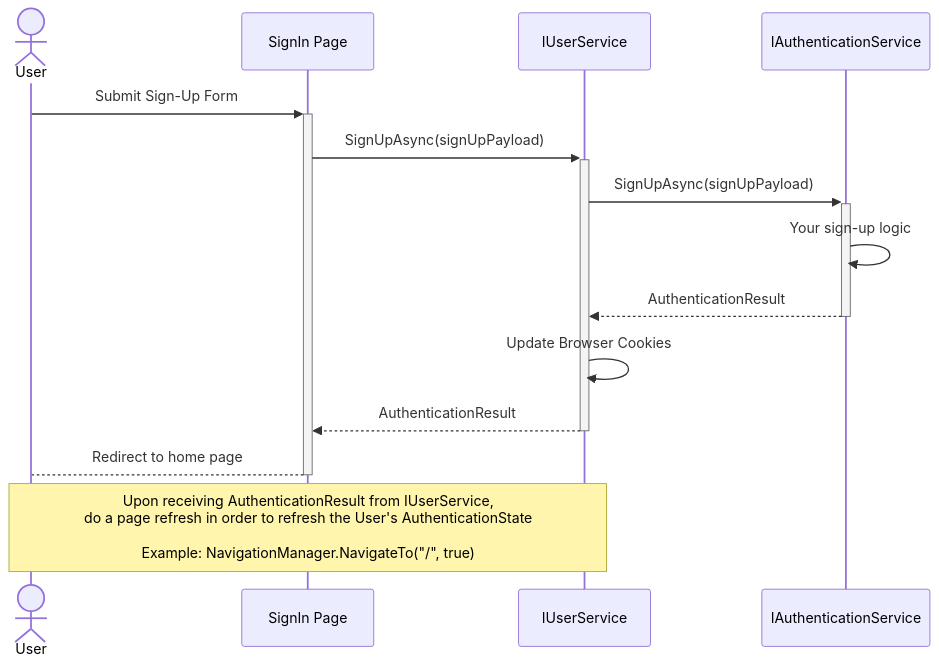
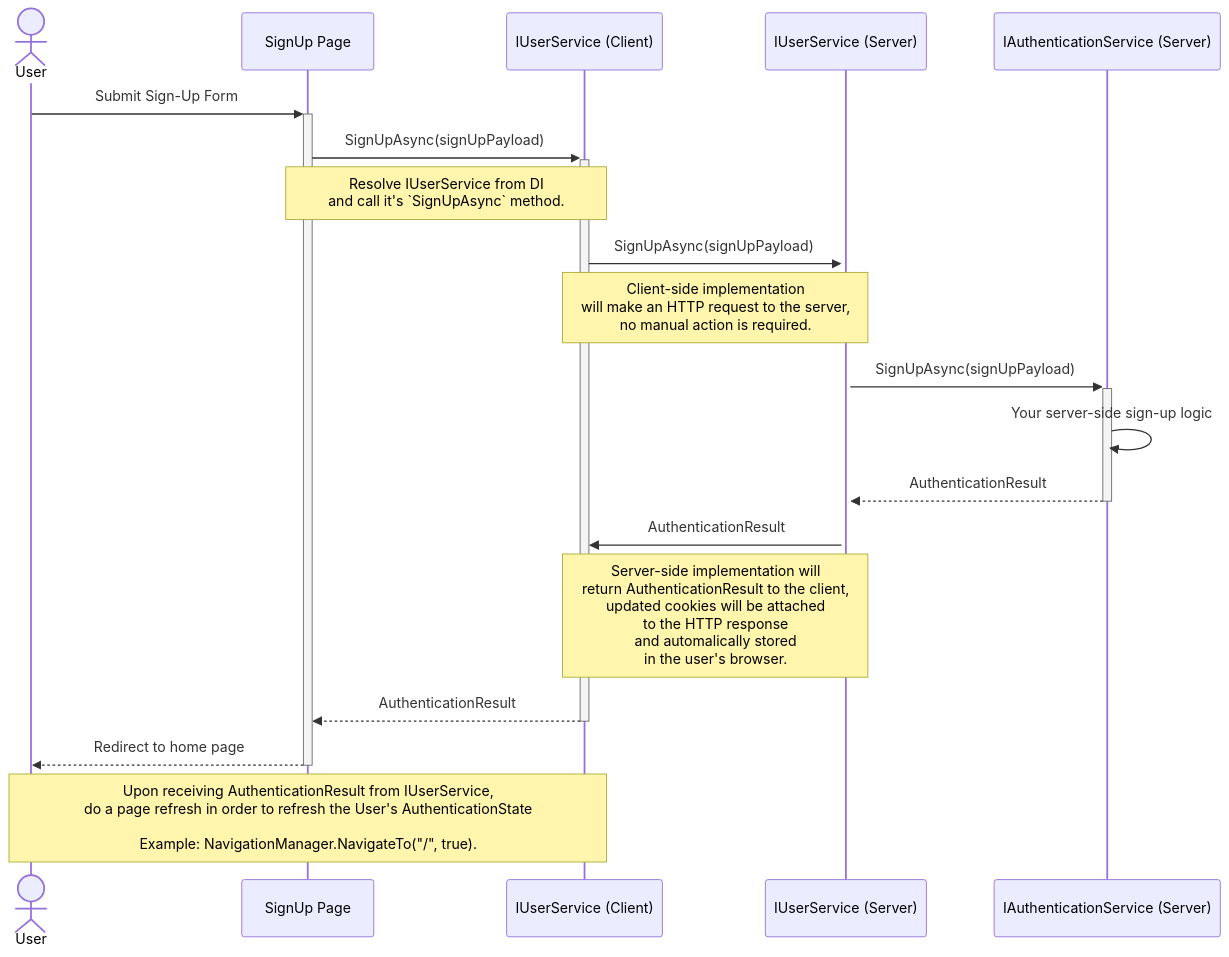
Before and after one commit to BitzArt/Blazor.Auth: the second of 2 diagrams in docs/src/04.use-cases/01.interactive-webassembly.md, drawn with Mermaid. The commit also changed other lines of this file and 3 other files, not shown here.

````diff
--- a/docs/src/04.use-cases/01.interactive-webassembly.md
+++ b/docs/src/04.use-cases/01.interactive-webassembly.md
@@ -30,18 +39,27 @@
 ```mermaid
 sequenceDiagram
 
 actor user as User
-participant page as SignIn Page
-participant userService as IUserService
-participant authService as IAuthenticationService
+participant page as SignUp Page
+participant userServiceClient as IUserService (Client)
+participant userServiceServer as IUserService (Server)
+participant authService as IAuthenticationService (Server)
 
 user ->>+ page: Submit Sign-Up Form
-page ->>+ userService: SignUpAsync(signUpPayload)
-userService ->>+ authService: SignUpAsync(signUpPayload)
-authService ->> authService: Your sign-up logic
-authService -->>- userService: AuthenticationResult
-userService ->> userService: Update Browser Cookies
-userService -->>- page: AuthenticationResult
-page -->- user: Redirect to home page
-note over user,userService: Upon receiving AuthenticationResult from IUserService, <br/> do a page refresh in order to refresh the User's AuthenticationState<br/><br/> Example: NavigationManager.NavigateTo("/", true)
+page ->>+ userServiceClient: SignUpAsync(signUpPayload)
+note over page,userServiceClient: Resolve IUserService from DI<br/> and call it's `SignUpAsync` method.
+userServiceClient ->>+ userServiceServer: SignUpAsync(signUpPayload)
+note over userServiceClient,userServiceServer: Client-side implementation <br/> will make an HTTP request to the server, <br/> no manual action is required.
+
+userServiceServer ->>+ authService: SignUpAsync(signUpPayload)
+authService ->> authService: Your server-side sign-up logic
+
+authService -->>- userServiceServer: AuthenticationResult
+userServiceServer ->> userServiceClient: AuthenticationResult
+note over userServiceServer,userServiceClient: Server-side implementation will <br/> return AuthenticationResult to the client, <br/> updated cookies will be attached <br/> to the HTTP response <br/> and automalically stored <br/> in the user's browser.
+
+userServiceClient -->>- page: AuthenticationResult
+page -->>- user: Redirect to home page
+
+note over user,userServiceClient: Upon receiving AuthenticationResult from IUserService, <br/> do a page refresh in order to refresh the User's AuthenticationState<br/><br/> Example: NavigationManager.NavigateTo("/", true).
 ```
````
